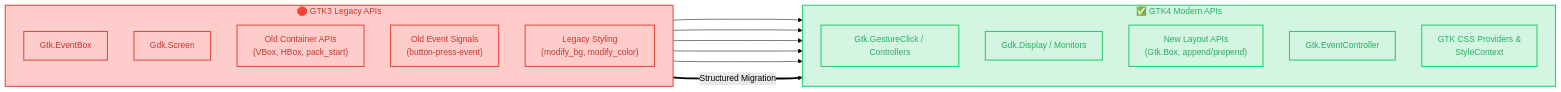
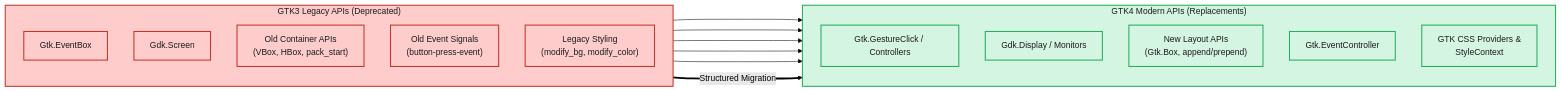
One commit to Dev10-sys/sugar-proposal-gtk changed the third of 9 diagrams in proposal.md. Above: the diagram before and after it, drawn with Mermaid (forest theme). The commit also changed other lines of this file, not shown here.

Commit message:
Polish all diagrams: remove emojis, dark text, professional styling

````diff
--- a/proposal.md
+++ b/proposal.md
@@ -220,38 +221,38 @@
 ```mermaid
 flowchart LR
     %% Deprecated Components
-    subgraph Legacy ["🛑 GTK3 Legacy APIs"]
+    subgraph Legacy ["GTK3 Legacy APIs (Deprecated)"]
         direction TB
         EventBox["Gtk.EventBox"]
         GdkScreen["Gdk.Screen"]
         ContainerAPI["Old Container APIs\n(VBox, HBox, pack_start)"]
         OldSignals["Old Event Signals\n(button-press-event)"]
         ModifyBG["Legacy Styling\n(modify_bg, modify_color)"]
     end
 
     %% Modern Equivalents
-    subgraph Modern ["✅ GTK4 Modern APIs"]
+    subgraph Modern ["GTK4 Modern APIs (Replacements)"]
         direction TB
         GestureController["Gtk.GestureClick / Controllers"]
         GdkDisplay["Gdk.Display / Monitors"]
         NewLayoutAPI["New Layout APIs\n(Gtk.Box, append/prepend)"]
         EventControllers["Gtk.EventController"]
         CSSStyling["GTK CSS Providers &\nStyleContext"]
     end
 
     %% Mapping connections
     Legacy ===>|Structured Migration| Modern
 
     EventBox --> GestureController
     GdkScreen --> GdkDisplay
     ContainerAPI --> NewLayoutAPI
     OldSignals --> EventControllers
     ModifyBG --> CSSStyling
 
     %% Styling
-    classDef legacy fill:#ffcccc,stroke:#e74c3c,stroke-width:2px,color:#c0392b;
-    classDef modern fill:#d5f5e3,stroke:#2ecc71,stroke-width:2px,color:#27ae60;
+    classDef legacy fill:#ffcccc,stroke:#c0392b,stroke-width:2px,color:#1a1a1a;
+    classDef modern fill:#d5f5e3,stroke:#27ae60,stroke-width:2px,color:#1a1a1a;
 
     class Legacy,EventBox,GdkScreen,ContainerAPI,OldSignals,ModifyBG legacy;
     class Modern,GestureController,GdkDisplay,NewLayoutAPI,EventControllers,CSSStyling modern;
 ```
````
